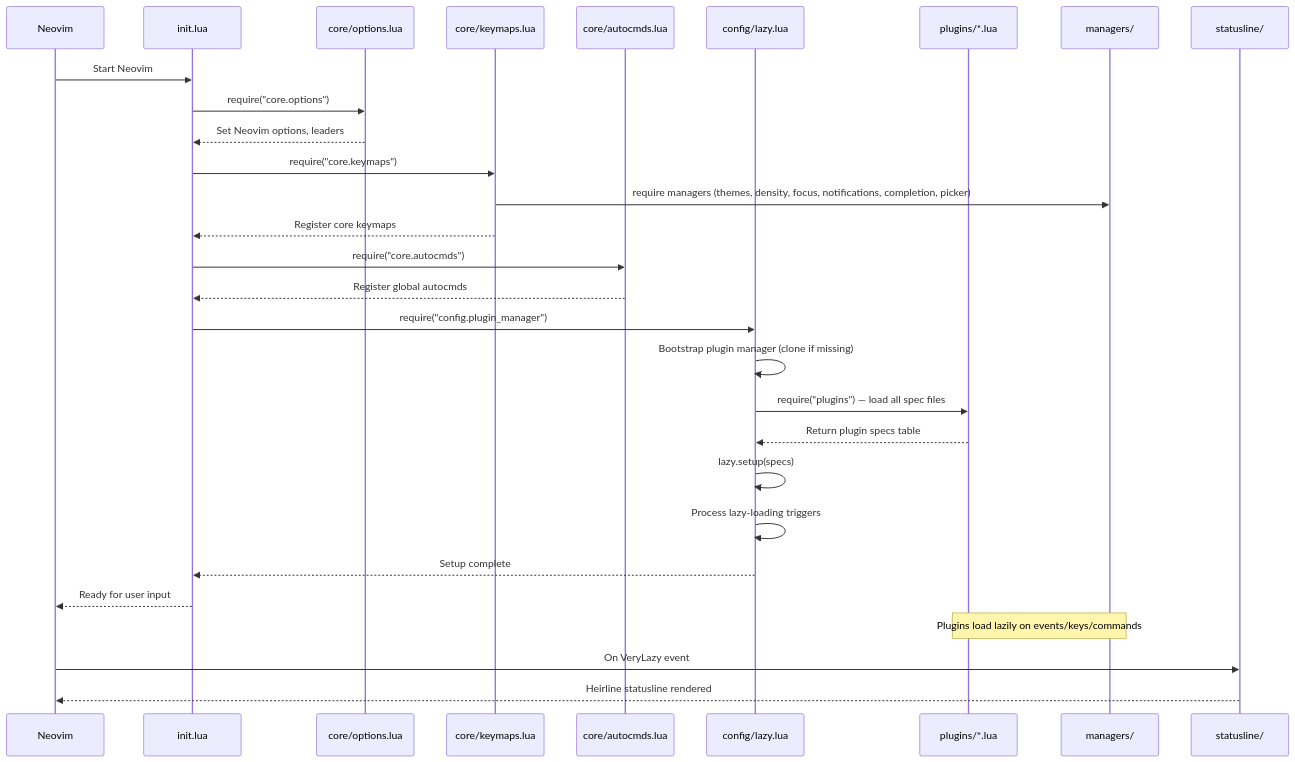
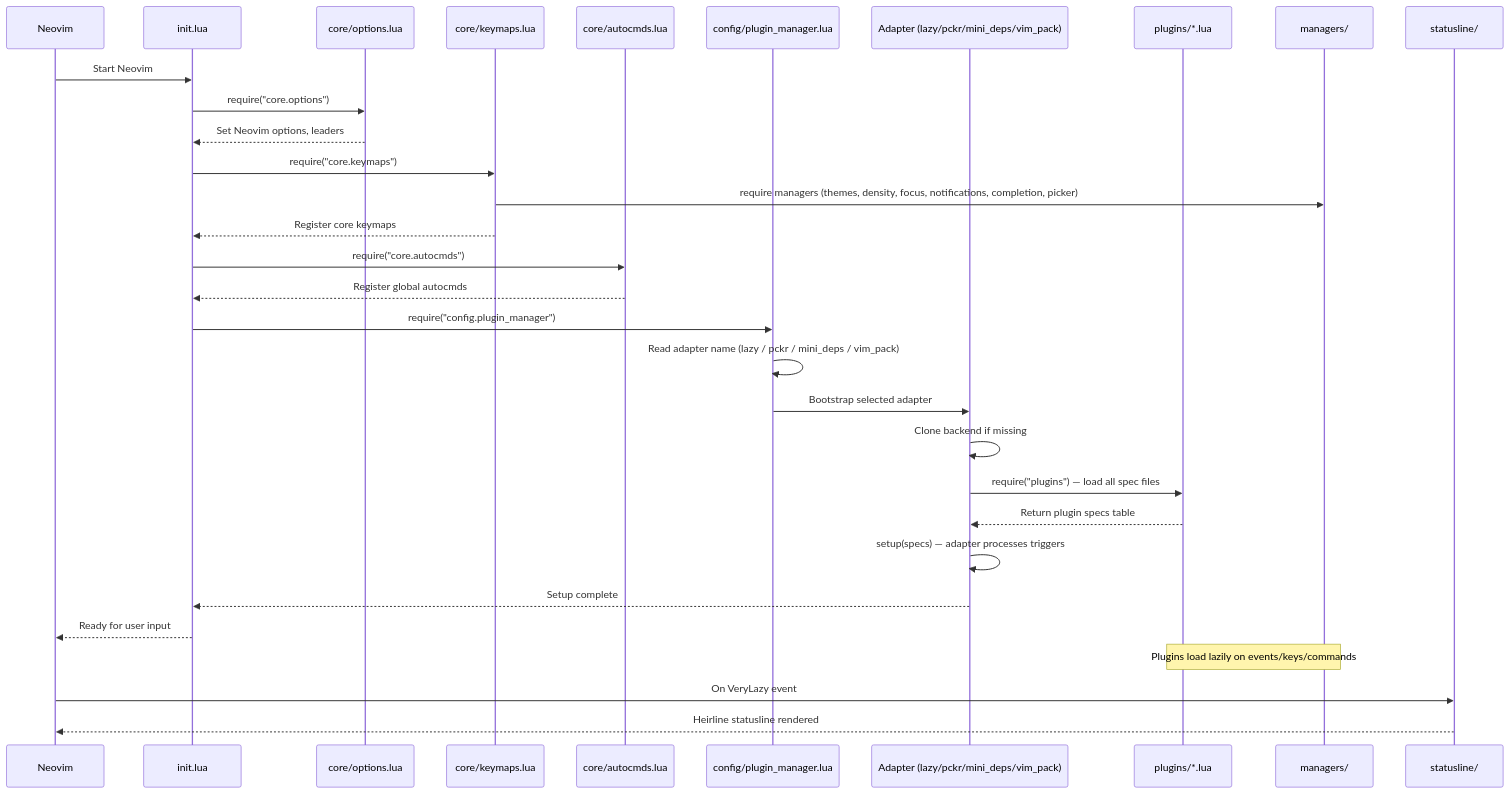
Before and after one commit to krishna-thedeveloper/IDE-runtime-framework: the diagram in docs/architecture/startup-flow.md, drawn with Mermaid. The commit also changed other lines of this file and 5 other files, not shown here.

First line of the commit message:
docs: update for multi-adapter plugin manager architecture

````diff
--- a/docs/architecture/startup-flow.md
+++ b/docs/architecture/startup-flow.md
@@ -5,34 +5,36 @@
 ```mermaid
 sequenceDiagram
     participant N as Neovim
     participant I as init.lua
     participant O as core/options.lua
     participant K as core/keymaps.lua
     participant A as core/autocmds.lua
-    participant L as config/lazy.lua
+    participant PM as config/plugin_manager.lua
+    participant AD as Adapter (lazy/pckr/mini_deps/vim_pack)
     participant P as plugins/*.lua
     participant M as managers/
     participant S as statusline/
 
     N->>I: Start Neovim
     I->>O: require("core.options")
     O-->>I: Set Neovim options, leaders
     I->>K: require("core.keymaps")
     K->>M: require managers (themes, density, focus, notifications, completion, picker)
     K-->>I: Register core keymaps
     I->>A: require("core.autocmds")
     A-->>I: Register global autocmds
-    I->>L: require("config.plugin_manager")
-    L->>L: Bootstrap plugin manager (clone if missing)
-    L->>P: require("plugins") — load all spec files
-    P-->>L: Return plugin specs table
-    L->>L: lazy.setup(specs)
-    L->>L: Process lazy-loading triggers
-    L-->>I: Setup complete
+    I->>PM: require("config.plugin_manager")
+    PM->>PM: Read adapter name (lazy / pckr / mini_deps / vim_pack)
+    PM->>AD: Bootstrap selected adapter
+    AD->>AD: Clone backend if missing
+    AD->>P: require("plugins") — load all spec files
+    P-->>AD: Return plugin specs table
+    AD->>AD: setup(specs) — adapter processes triggers
+    AD-->>I: Setup complete
     I-->>N: Ready for user input
 
     Note over P,M: Plugins load lazily on events/keys/commands
 
     N->>S: On VeryLazy event
     S-->>N: Heirline statusline rendered
 ```
````
